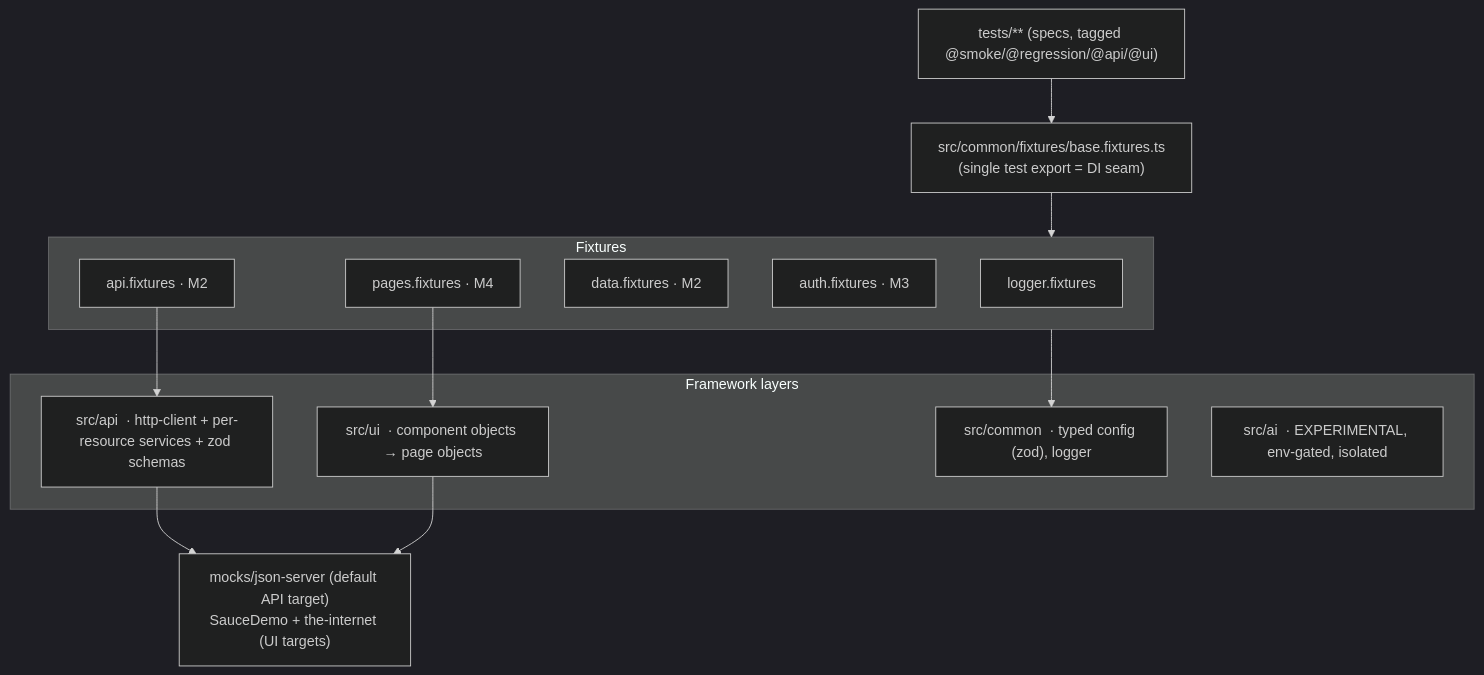
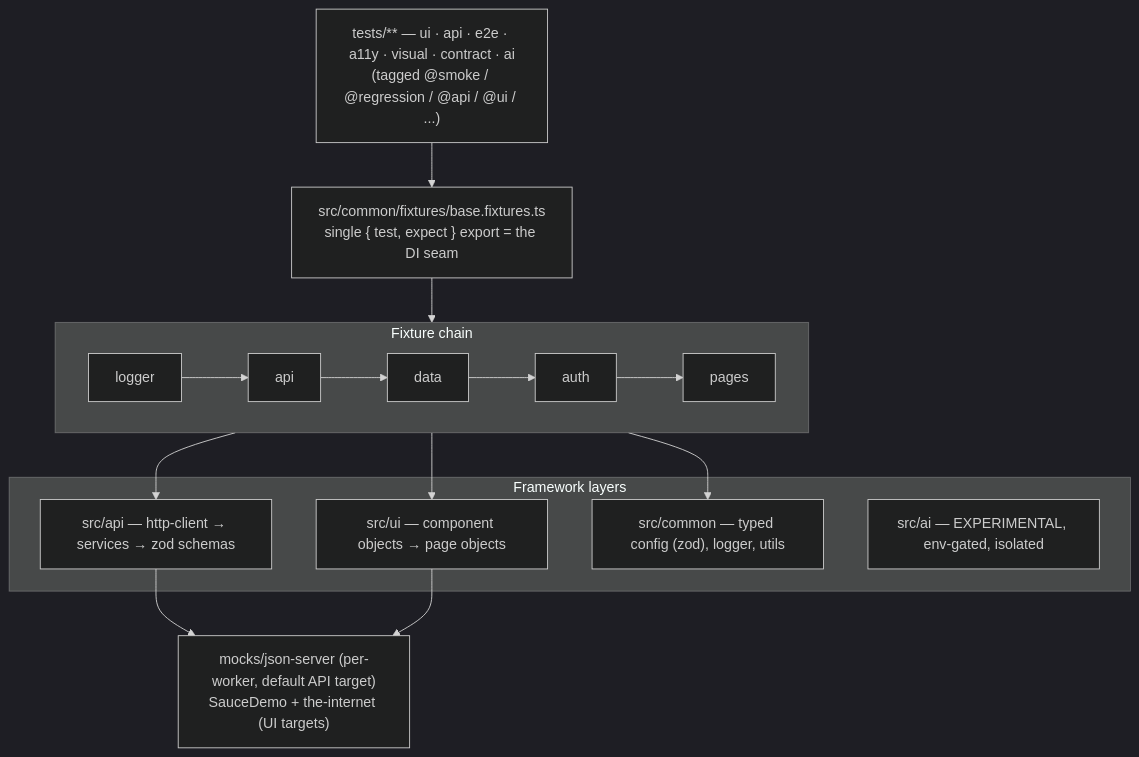
One commit to hussainkhanmd/playwright-ui-api-framework changed the diagram in README.md. Above: the diagram before and after it, drawn with Mermaid (dark theme). The commit also changed other lines of this file and 3 other files, not shown here.

First line of the commit message:
docs: M9 — Pact contract test, portfolio polish

````diff
--- a/README.md
+++ b/README.md
@@ -54,26 +55,23 @@
 ```mermaid
 flowchart TD
-  spec["tests/** (specs, tagged @smoke/@regression/@api/@ui)"]
-  base["src/common/fixtures/base.fixtures.ts\n(single test export = DI seam)"]
-  subgraph fixtures[Fixtures]
-    logf[logger.fixtures]
-    apif[api.fixtures  · M2]
-    dataf[data.fixtures · M2]
-    authf[auth.fixtures · M3]
-    pagesf[pages.fixtures · M4]
+  spec["tests/** — ui · api · e2e · a11y · visual · contract · ai<br/>(tagged @smoke / @regression / @api / @ui / ...)"]
+  base["src/common/fixtures/base.fixtures.ts<br/>single { test, expect } export = the DI seam"]
+  subgraph fixtures["Fixture chain"]
+    direction LR
+    logf[logger] --> apif[api] --> dataf[data] --> authf[auth] --> pagesf[pages]
   end
-  subgraph layers[Framework layers]
-    api["src/api  · http-client + per-resource services + zod schemas"]
-    ui["src/ui  · component objects → page objects"]
-    common["src/common  · typed config (zod), logger"]
-    ai["src/ai  · EXPERIMENTAL, env-gated, isolated"]
+  subgraph layers["Framework layers"]
+    apilayer["src/api — http-client → services → zod schemas"]
+    uilayer["src/ui — component objects → page objects"]
+    common["src/common — typed config (zod), logger, utils"]
+    ailayer["src/ai — EXPERIMENTAL, env-gated, isolated"]
   end
-  backend["mocks/json-server (default API target)\nSauceDemo + the-internet (UI targets)"]
+  backend["mocks/json-server (per-worker, default API target)<br/>SauceDemo + the-internet (UI targets)"]
 
   spec --> base --> fixtures
-  apif --> api
-  pagesf --> ui
+  apif --> apilayer
+  pagesf --> uilayer
   fixtures --> common
-  api --> backend
-  ui --> backend
+  apilayer --> backend
+  uilayer --> backend
 ```
````
